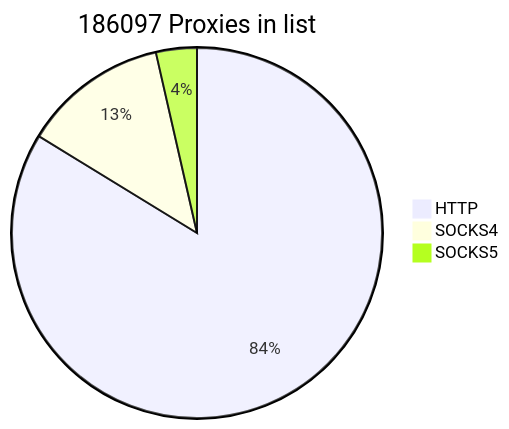
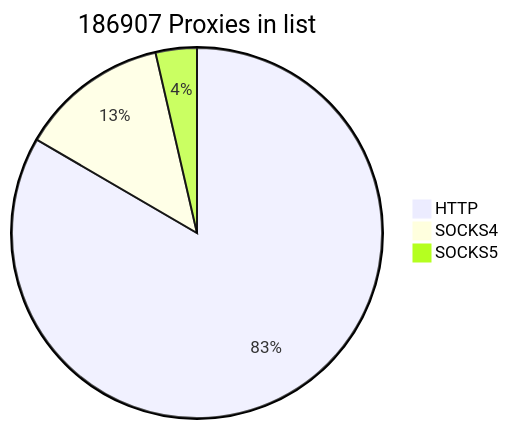
The first of 2 diagrams in README.md (cutipu/proxylist), drawn with Mermaid before and after one commit. The commit also changed other lines of this file, not shown here.

````diff
--- a/README.md
+++ b/README.md
@@ -2,7 +2,7 @@
 ```mermaid
-pie title 186097 Proxies in list
-    "HTTP" : 155852
-    "SOCKS4" : 23610
-    "SOCKS5" : 6635
+pie title 186907 Proxies in list
+    "HTTP" : 155875
+    "SOCKS4" : 24302
+    "SOCKS5" : 6730
             
 ```
````
